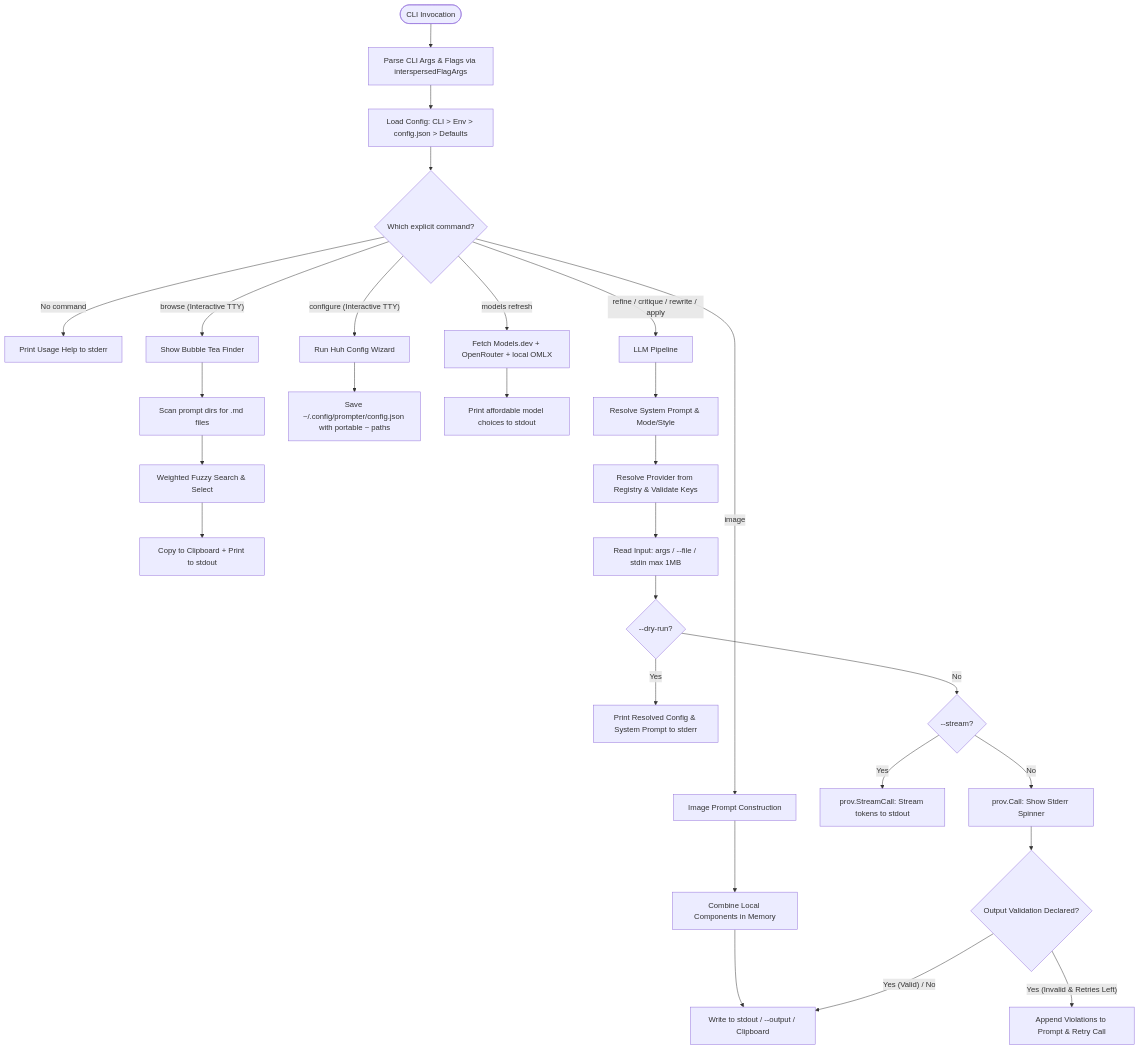
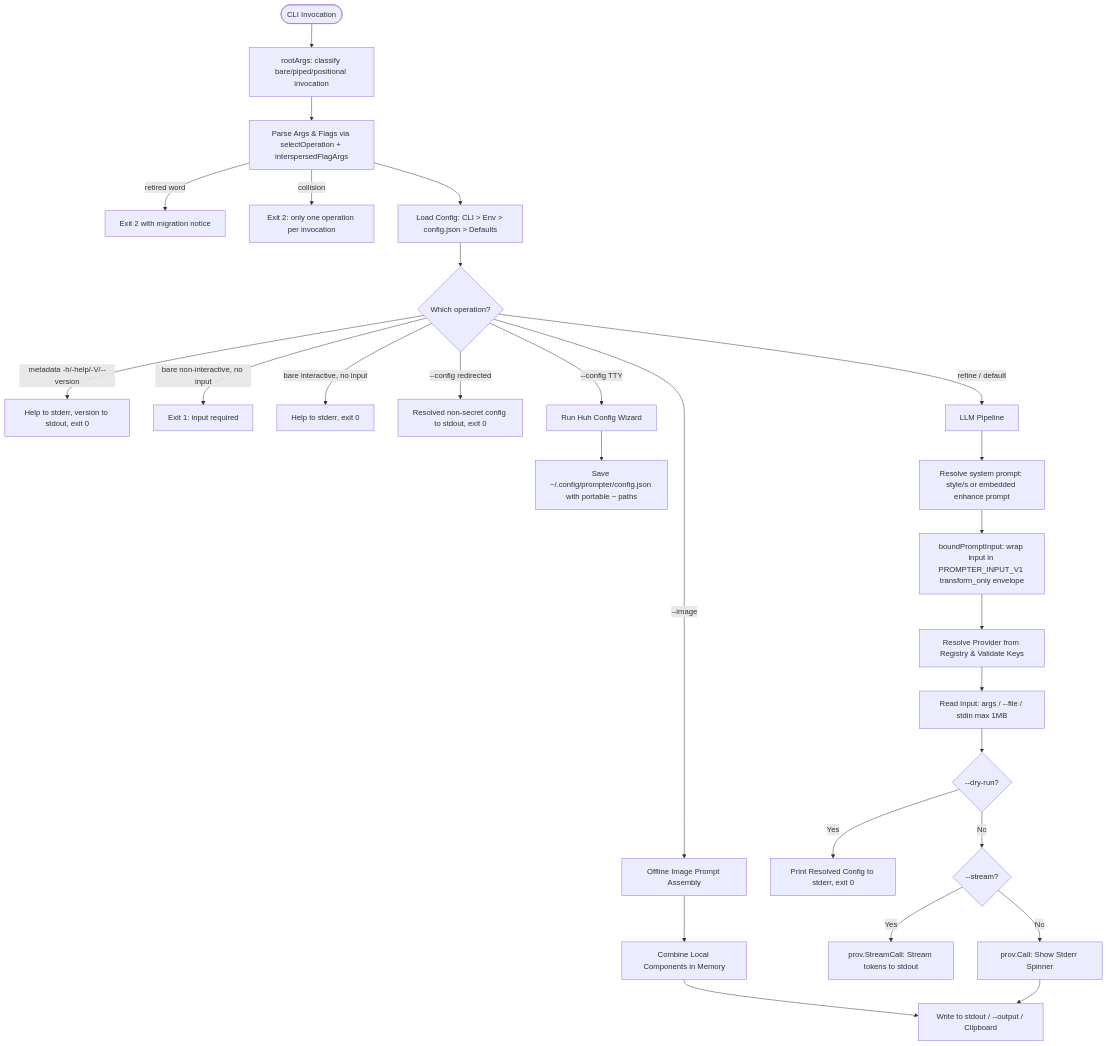
One commit to dotcommander/prompter changed the diagram in AGENTS.md. Above: the diagram before and after it, drawn with Mermaid. The commit also changed other lines of this file and 57 other files, not shown here.

Commit message:
refactor(cli): focus on enrichment image and configuration

````diff
--- a/AGENTS.md
+++ b/AGENTS.md
@@ -107,39 +100,29 @@
 ```mermaid
 flowchart TD
-    Start([CLI Invocation]) --> ParseArgs[Parse CLI Args & Flags via interspersedFlagArgs]
+    Start([CLI Invocation]) --> RootArgs[rootArgs: classify bare/piped/positional invocation]
+    RootArgs --> ParseArgs[Parse Args & Flags via selectOperation + interspersedFlagArgs]
+    ParseArgs -->|retired word| MigrationError[Exit 2 with migration notice]
+    ParseArgs -->|collision| UsageError[Exit 2: only one operation per invocation]
     ParseArgs --> LoadConfig[Load Config: CLI > Env > config.json > Defaults]
-    
-    LoadConfig --> CheckMode{Which explicit command?}
-    
-    CheckMode -- "No command" --> PrintHelp[Print Usage Help to stderr]
-    CheckMode -- "browse (Interactive TTY)" --> FinderFlow[Show Bubble Tea Finder]
-    FinderFlow --> ScanPrompts[Scan prompt dirs for .md files]
-    ScanPrompts --> FuzzySearch[Weighted Fuzzy Search & Select]
-    FuzzySearch --> OutputFinder[Copy to Clipboard + Print to stdout]
-    
-    CheckMode -- "configure (Interactive TTY)" --> ConfigTUI[Run Huh Config Wizard]
+    LoadConfig --> CheckMode{Which operation?}
+    CheckMode -- "metadata -h/-help/-V/--version" --> PrintMetadata[Help to stderr, version to stdout, exit 0]
+    CheckMode -- "bare non-interactive, no input" --> InputRequired[Exit 1: input required]
+    CheckMode -- "bare interactive, no input" --> PrintHelp[Help to stderr, exit 0]
+    CheckMode -- "--config redirected" --> PrintConfig[Resolved non-secret config to stdout, exit 0]
+    CheckMode -- "--config TTY" --> ConfigTUI[Run Huh Config Wizard]
     ConfigTUI --> SaveConfig[Save ~/.config/prompter/config.json with portable ~ paths]
-
-    CheckMode -- "models refresh" --> ModelsFlow[Fetch Models.dev + OpenRouter + local OMLX]
-    ModelsFlow --> PrintModels[Print affordable model choices to stdout]
-
-    CheckMode -- "image" --> AssembleFlow[Image Prompt Construction]
+    CheckMode -- "--image" --> AssembleFlow[Offline Image Prompt Assembly]
     AssembleFlow --> LocalComponents[Combine Local Components in Memory]
     LocalComponents --> OutputResult[Write to stdout / --output / Clipboard]
-    
-    CheckMode -- "refine / critique / rewrite / apply" --> LLMFlow[LLM Pipeline]
-    LLMFlow --> ResolvePrompt[Resolve System Prompt & Mode/Style]
-    ResolvePrompt --> ResolveProv[Resolve Provider from Registry & Validate Keys]
+    CheckMode -- "refine / default" --> LLMFlow[LLM Pipeline]
+    LLMFlow --> ResolvePrompt[Resolve system prompt: style/s or embedded enhance prompt]
+    ResolvePrompt --> Boundary[boundPromptInput: wrap input in PROMPTER_INPUT_V1 transform_only envelope]
+    Boundary --> ResolveProv[Resolve Provider from Registry & Validate Keys]
     ResolveProv --> ReadInput[Read Input: args / --file / stdin max 1MB]
     ReadInput --> DryRunCheck{--dry-run?}
-    
-    DryRunCheck -- Yes --> PrintDryRun[Print Resolved Config & System Prompt to stderr]
+    DryRunCheck -- Yes --> PrintDryRun[Print Resolved Config to stderr, exit 0]
     DryRunCheck -- No --> StreamCheck{--stream?}
-    
     StreamCheck -- Yes --> StreamCall[prov.StreamCall: Stream tokens to stdout]
     StreamCheck -- No --> UnaryCall[prov.Call: Show Stderr Spinner]
-    UnaryCall --> ValidateCheck{Output Validation Declared?}
-    
-    ValidateCheck -- Yes (Invalid & Retries Left) --> RetryCall[Append Violations to Prompt & Retry Call]
-    ValidateCheck -- Yes (Valid) / No --> OutputResult
+    UnaryCall --> OutputResult
 ```
````
